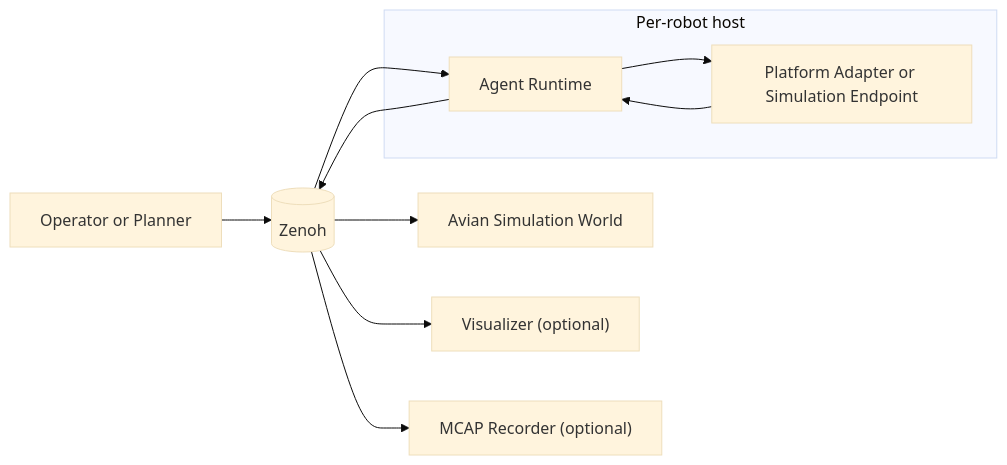
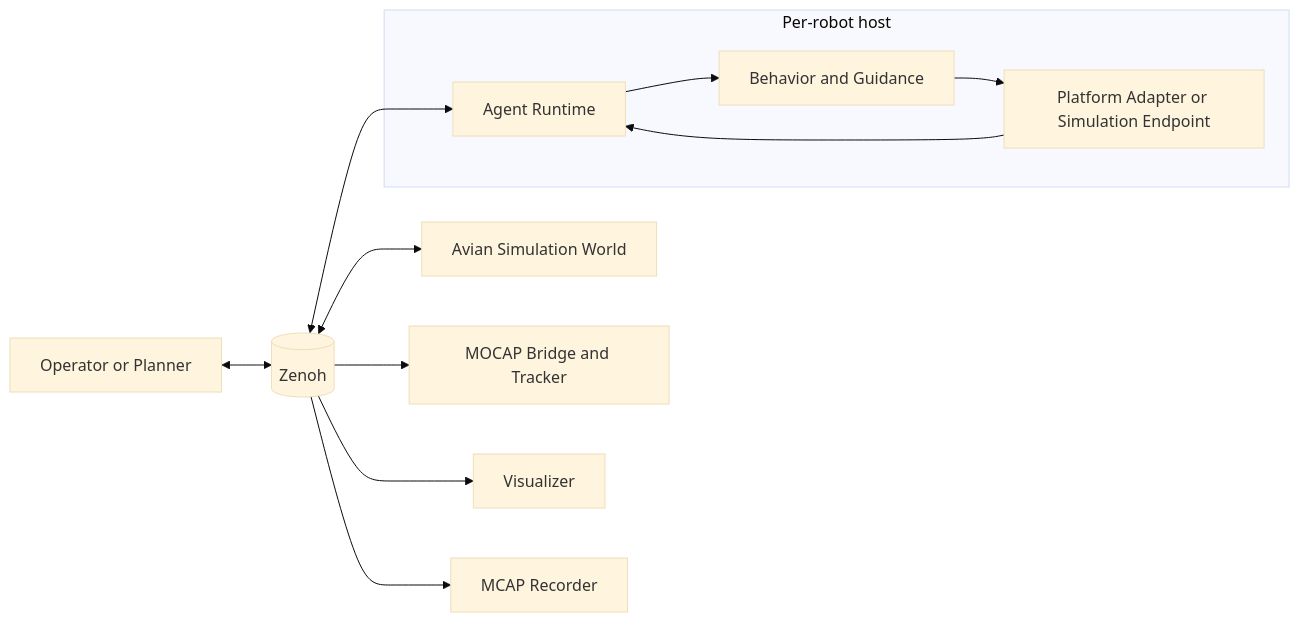
Before and after one commit to Robin-Lange/distributed-collaborative-autonomy-platform: the first of 2 diagrams in README.md, drawn with Mermaid (base theme). The commit also changed other lines of this file, not shown here.

````diff
--- a/README.md
+++ b/README.md
@@ -26,23 +50,26 @@
 ```mermaid
 flowchart LR
     O[Operator or Planner]
     Z[(Zenoh)]
 
     subgraph Host[Per-robot host]
-      A[Agent Runtime]
-      P[Platform Adapter or Simulation Endpoint]
+        A[Agent Runtime]
+        G[Behavior and Guidance]
+        P[Platform Adapter or Simulation Endpoint]
+        A --> G
+        G --> P
+        P --> A
     end
 
     S[Avian Simulation World]
-    V["Visualizer (optional)"]
-    R["MCAP Recorder (optional)"]
+    M[MOCAP Bridge and Tracker]
+    V[Visualizer]
+    R[MCAP Recorder]
 
-    O --> Z
-    Z --> A
-    A --> Z
-    A --> P
-    P --> A
-    Z --> S
+    O <--> Z
+    Z <--> A
+    Z <--> S
+    Z --> M
     Z --> V
     Z --> R
 ```
````
